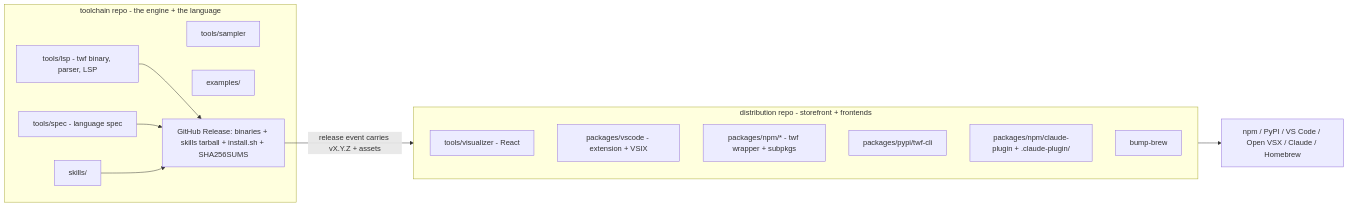
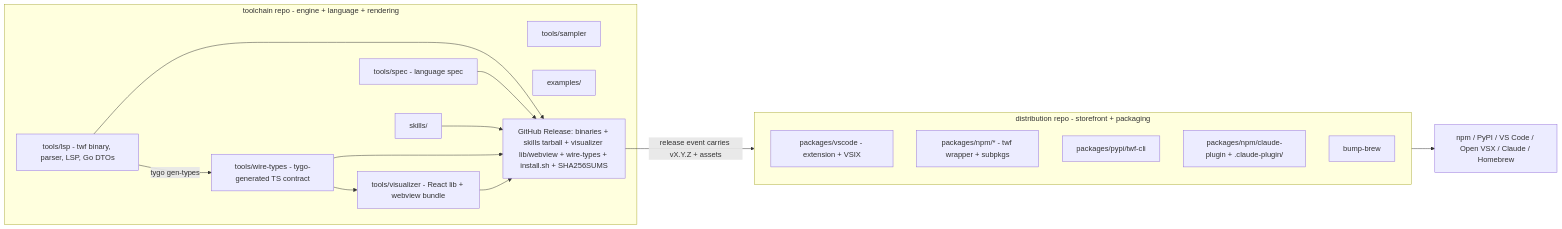
One commit to jmbarzee/temporal-architect changed the first of 2 diagrams in internal/changes/temp-change-set/distribution-repo-split/PLAN.md. Above: the diagram before and after it, drawn with Mermaid. The commit also changed other lines of this file and 58 other files, not shown here.

First line of the commit message:
Split distribution into a separate repo; reduce toolchain to a release-cutter

````diff
--- a/internal/changes/temp-change-set/distribution-repo-split/PLAN.md
+++ b/internal/changes/temp-change-set/distribution-repo-split/PLAN.md
@@ -29,24 +30,29 @@
 ```mermaid
 flowchart LR
-  subgraph tc [toolchain repo - the engine + the language]
-    lsp[tools/lsp - twf binary, parser, LSP]
+  subgraph tc [toolchain repo - engine + language + rendering]
+    lsp[tools/lsp - twf binary, parser, LSP, Go DTOs]
     spec[tools/spec - language spec]
     sampler[tools/sampler]
     skills[skills/]
     examples[examples/]
-    rel["GitHub Release: binaries + skills tarball + install.sh + SHA256SUMS"]
+    wire[tools/wire-types - tygo-generated TS contract]
+    vis[tools/visualizer - React lib + webview bundle]
+    rel["GitHub Release: binaries + skills tarball + visualizer lib/webview + wire-types + install.sh + SHA256SUMS"]
   end
-  subgraph dist [distribution repo - storefront + frontends]
-    vis[tools/visualizer - React]
+  subgraph dist [distribution repo - storefront + packaging]
     vscode[packages/vscode - extension + VSIX]
     npm[packages/npm/* - twf wrapper + subpkgs]
     pypi[packages/pypi/twf-cli]
     plugin["packages/npm/claude-plugin + .claude-plugin/"]
     brew[bump-brew]
   end
+  lsp -- "tygo gen-types" --> wire
+  wire --> vis
   lsp --> rel
   spec --> rel
   skills --> rel
+  wire --> rel
+  vis --> rel
   rel -- "release event carries vX.Y.Z + assets" --> dist
   dist --> registries[npm / PyPI / VS Code / Open VSX / Claude / Homebrew]
 ```
````
